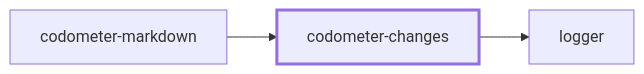
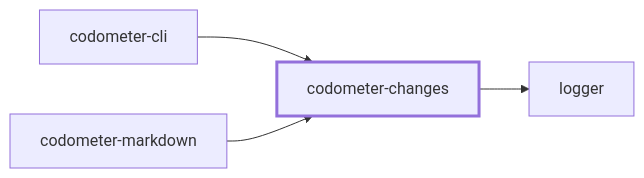
Before and after one commit to JimmyPaolini/codebase: the first of 2 diagrams in packages/codometer-changes/README.md, drawn with Mermaid. The commit also changed 14 other files, not shown here.

````diff
--- a/packages/codometer-changes/README.md
+++ b/packages/codometer-changes/README.md
@@ -7,10 +7,12 @@
 ```mermaid
 flowchart LR
   codometer_changes["codometer-changes"]
+  codometer_cli["codometer-cli"]
   codometer_markdown["codometer-markdown"]
   logger["logger"]
   codometer_changes --> logger
+  codometer_cli --> codometer_changes
   codometer_markdown --> codometer_changes
   classDef subject stroke-width:3px
   class codometer_changes subject
 ```
````
